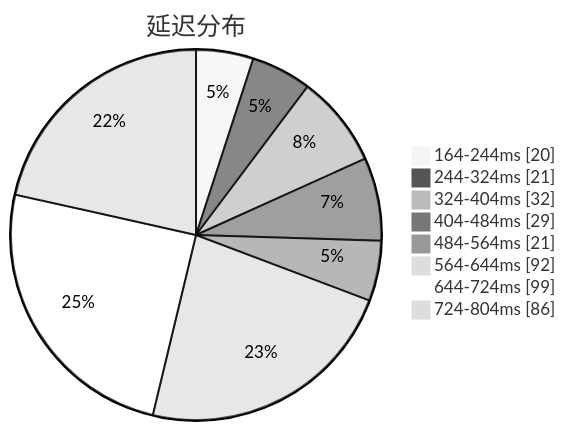
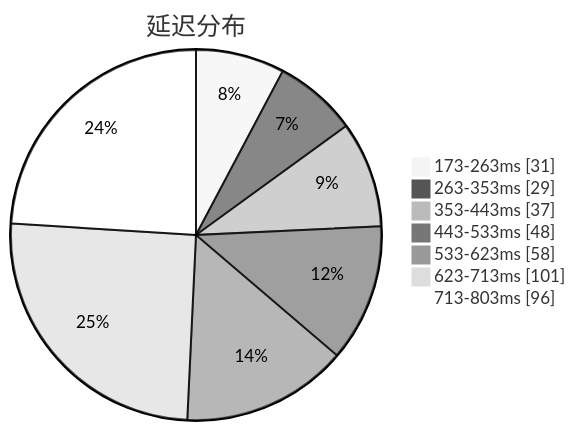
The first of 3 diagrams in subs/statistics/tested_within.md (qjlxg/airport), drawn with Mermaid (neutral theme) before and after one commit. The commit also changed other lines of this file and 2 other files, not shown here.

````diff
--- a/subs/statistics/tested_within.md
+++ b/subs/statistics/tested_within.md
@@ -2,12 +2,11 @@
 ```mermaid
 pie showData
 title 延迟分布
-"164-244ms" : 20
-"244-324ms" : 21
-"324-404ms" : 32
-"404-484ms" : 29
-"484-564ms" : 21
-"564-644ms" : 92
-"644-724ms" : 99
-"724-804ms" : 86
+"173-263ms" : 31
+"263-353ms" : 29
+"353-443ms" : 37
+"443-533ms" : 48
+"533-623ms" : 58
+"623-713ms" : 101
+"713-803ms" : 96
 ```
````
